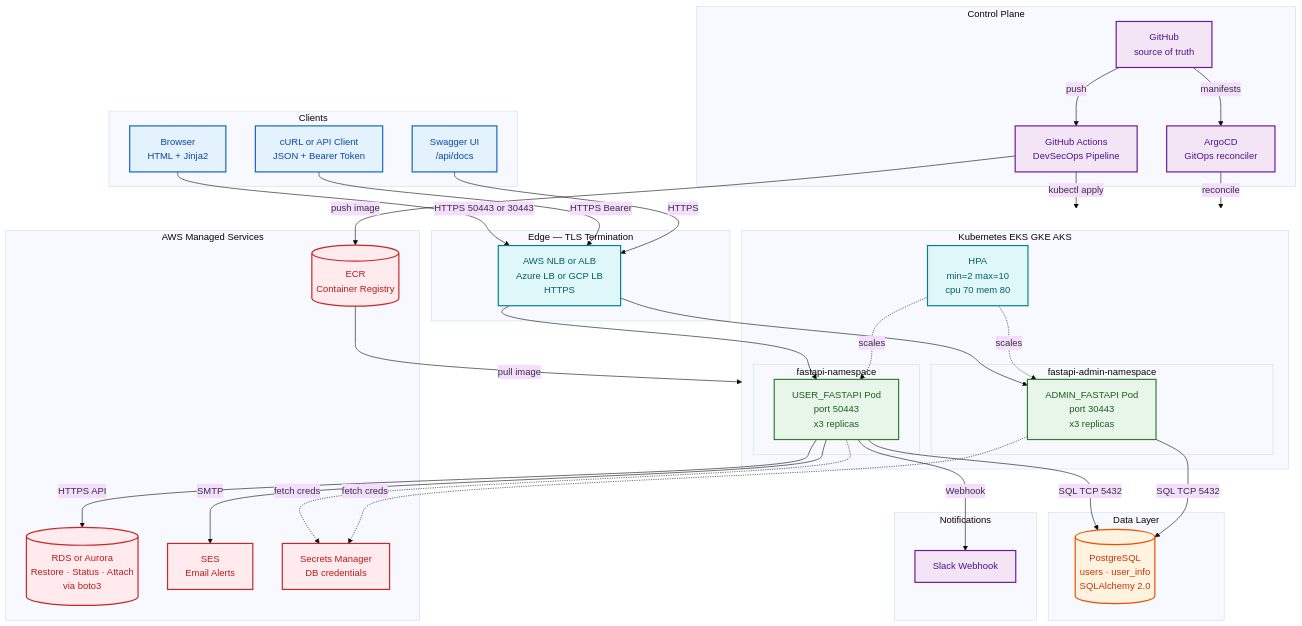
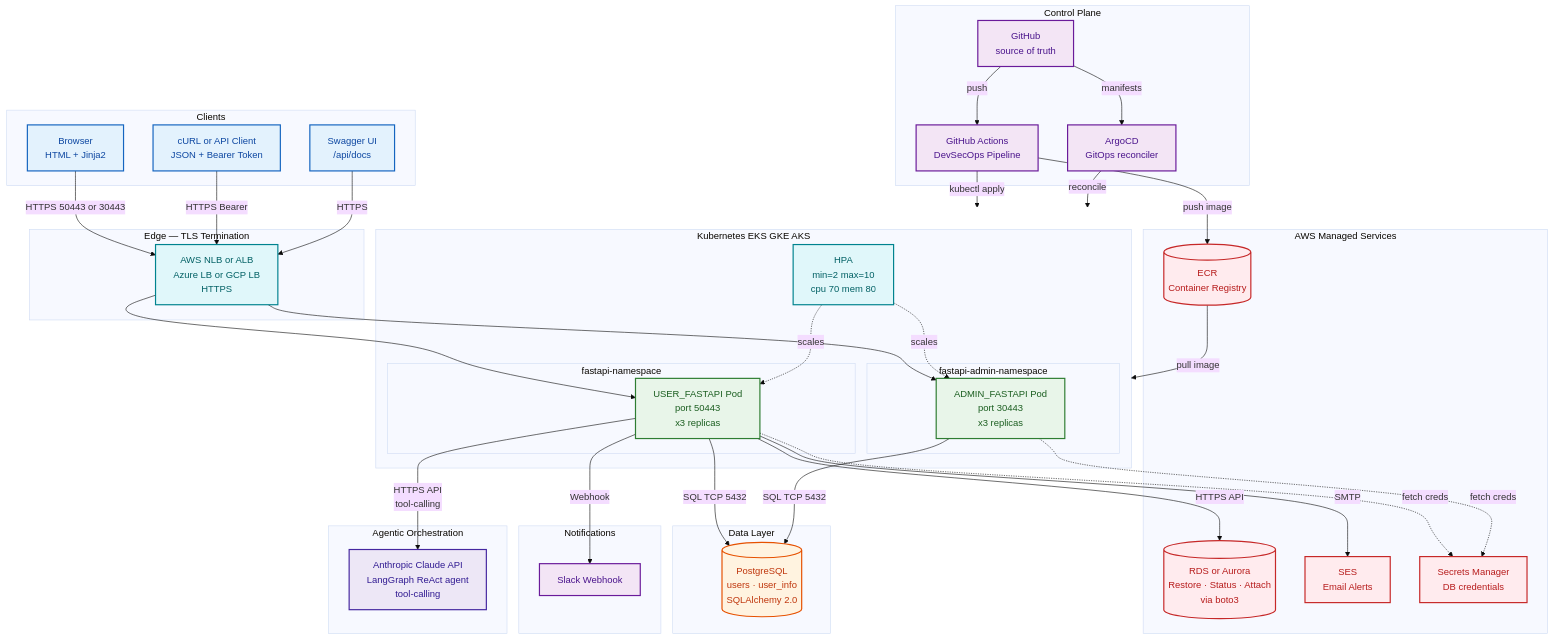
Before and after one commit to skondla/fastAPIWebApp: the first of 14 diagrams in README.md, drawn with Mermaid (base theme). The commit also changed other lines of this file and 2 other files, not shown here.

Commit message:
updated with LangChain/LangGrach orchestration

````diff
--- a/README.md
+++ b/README.md
@@ -74,6 +78,7 @@
     classDef aws fill:#FFEBEE,stroke:#C62828,stroke-width:2px,color:#B71C1C
     classDef cicd fill:#F3E5F5,stroke:#6A1B9A,stroke-width:2px,color:#4A148C
     classDef k8s fill:#E0F7FA,stroke:#00838F,stroke-width:2px,color:#006064
+    classDef ai fill:#EDE7F6,stroke:#4527A0,stroke-width:2px,color:#311B92
 
     subgraph Clients["Clients"]
         B["Browser<br/>HTML + Jinja2"]
@@ -110,6 +115,10 @@
         SLACK["Slack Webhook"]
     end
 
+    subgraph AgentAI["Agentic Orchestration"]
+        CLAUDE["Anthropic Claude API<br/>LangGraph ReAct agent<br/>tool-calling"]
+    end
+
     subgraph Control["Control Plane"]
         GH["GitHub<br/>source of truth"]
         GHA["GitHub Actions<br/>DevSecOps Pipeline"]
@@ -129,6 +138,7 @@
     U1 -->|"HTTPS API"| RDS
     U1 -->|"SMTP"| SES
     U1 -->|"Webhook"| SLACK
+    U1 -->|"HTTPS API<br/>tool-calling"| CLAUDE
     U1 -.->|"fetch creds"| SM
     A1 -.->|"fetch creds"| SM
 
@@ -146,4 +156,5 @@
     class GH,GHA,ARGO cicd
     class HPA,LB k8s
     class SLACK cicd
+    class CLAUDE ai
 ```
````
